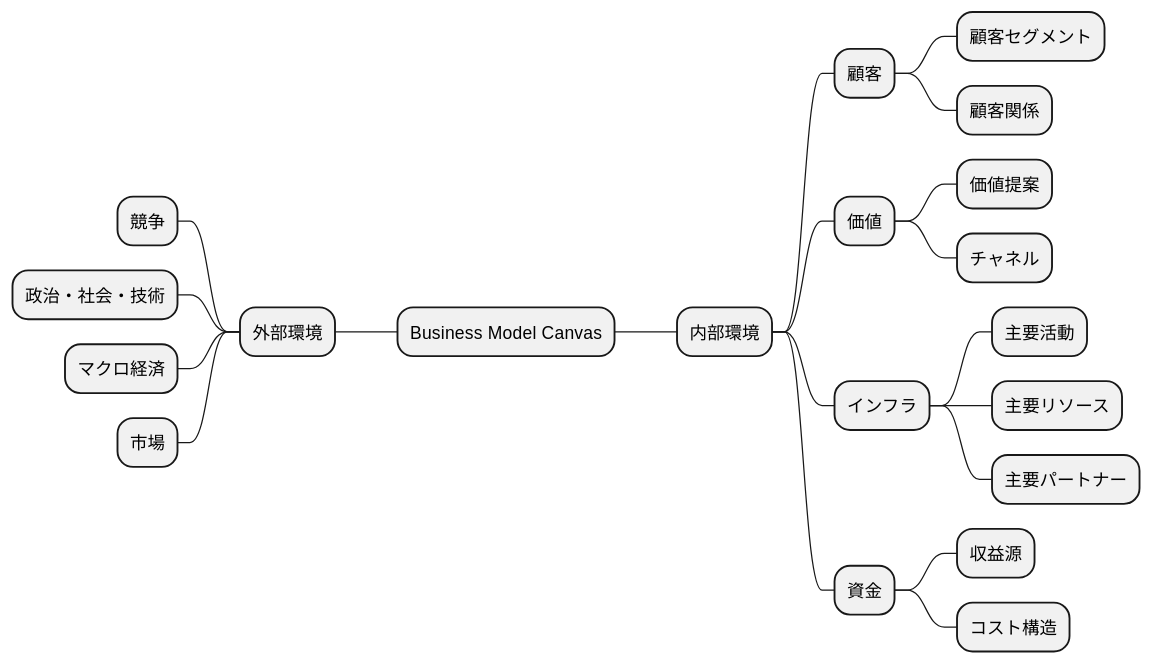
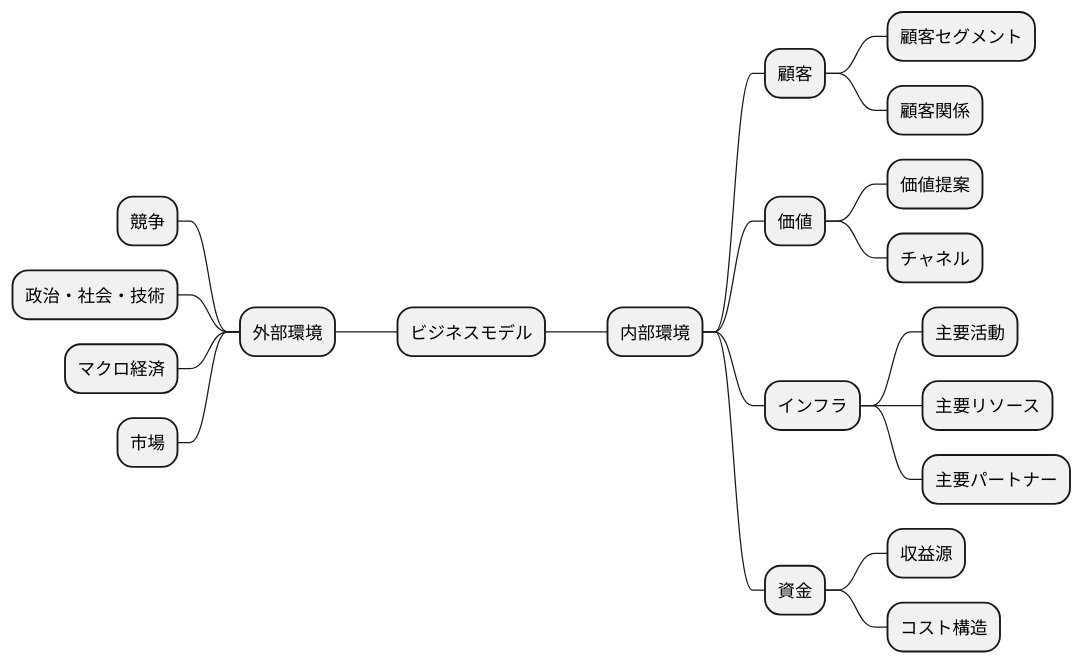
Before and after one commit to k2works/case-sutudy-business-analysis: the second of 18 diagrams in docs/case/r0X_case_X.adoc, drawn with PlantUML. The commit also changed 3 other files, not shown here.

```diff
--- a/docs/case/r0X_case_X.adoc
+++ b/docs/case/r0X_case_X.adoc
@@ -35,28 +35,28 @@
 [plantuml]
 ----
 @startmindmap
 
-* Business Model Canvas
+* ビジネスモデル
 ** 内部環境
 *** 顧客
 **** 顧客セグメント
 **** 顧客関係
 *** 価値
 **** 価値提案
 **** チャネル
 *** インフラ
 **** 主要活動
 **** 主要リソース
 **** 主要パートナー
 *** 資金
 **** 収益源
 **** コスト構造
 left side
 ** 外部環境
 *** 競争
 *** 政治・社会・技術
 *** マクロ経済
 *** 市場
 
 @endmindmap
 ----
```
